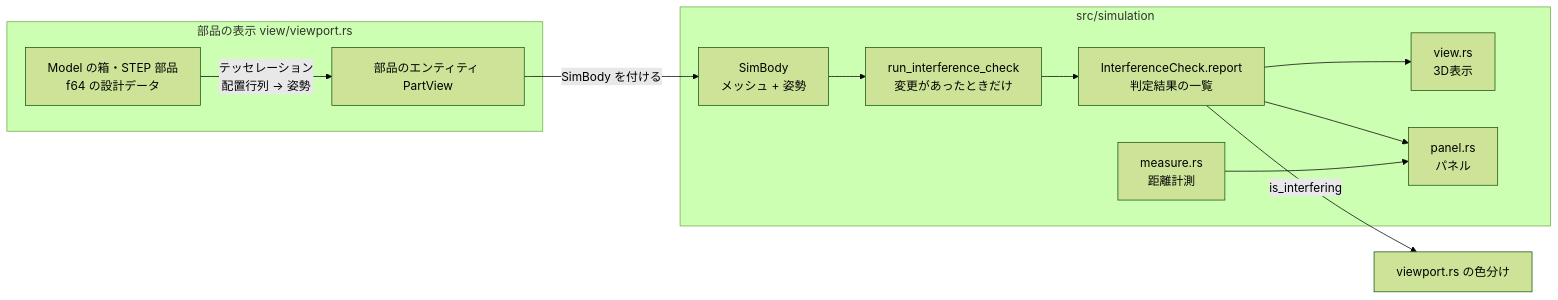
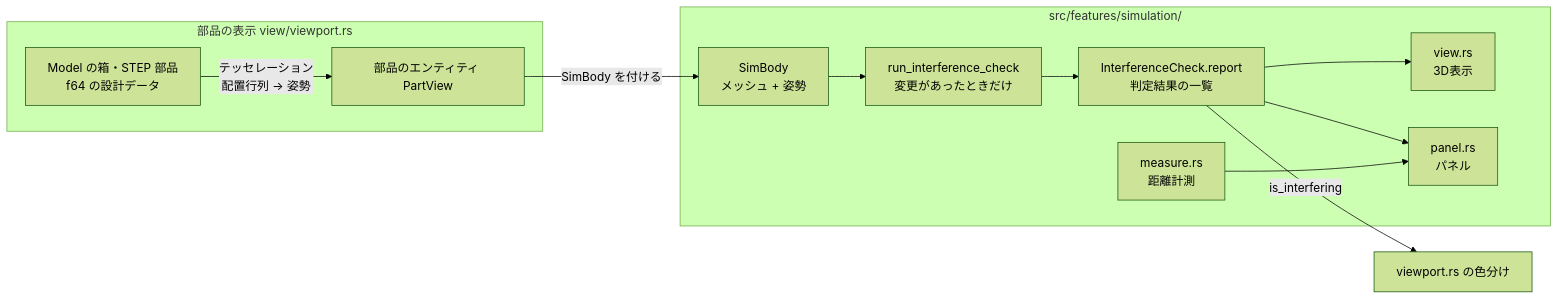
The first of 3 diagrams in docs/simulation.md (T-T0821/cadsim), drawn with Mermaid (forest theme) before and after one commit. The commit also changed other lines of this file and 87 other files, not shown here.

````diff
--- a/docs/simulation.md
+++ b/docs/simulation.md
@@ -40,15 +40,15 @@
 ```mermaid
 flowchart LR
     subgraph viewport.rs [部品の表示 view/viewport.rs]
         P[Model の箱・STEP 部品<br/>f64 の設計データ] -->|テッセレーション<br/>配置行列 → 姿勢| R[部品のエンティティ PartView]
     end
     R -->|SimBody を付ける| S
-    subgraph simulation [src/simulation]
+    subgraph simulation [src/features/simulation/]
         S[SimBody<br/>メッシュ + 姿勢] --> C[run_interference_check<br/>変更があったときだけ]
         C --> Rep[InterferenceCheck.report<br/>判定結果の一覧]
         Rep --> V[view.rs<br/>3D表示]
         Rep --> UI[panel.rs<br/>パネル]
         M[measure.rs<br/>距離計測] --> UI
     end
     Rep -->|is_interfering| Mat[viewport.rs の色分け]
 ```
````
